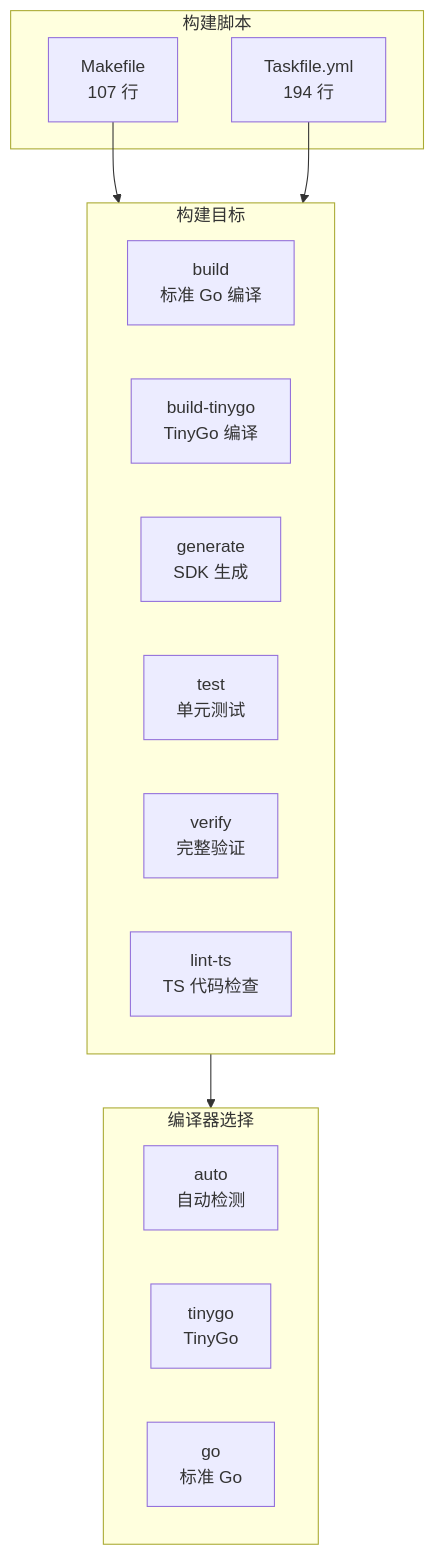
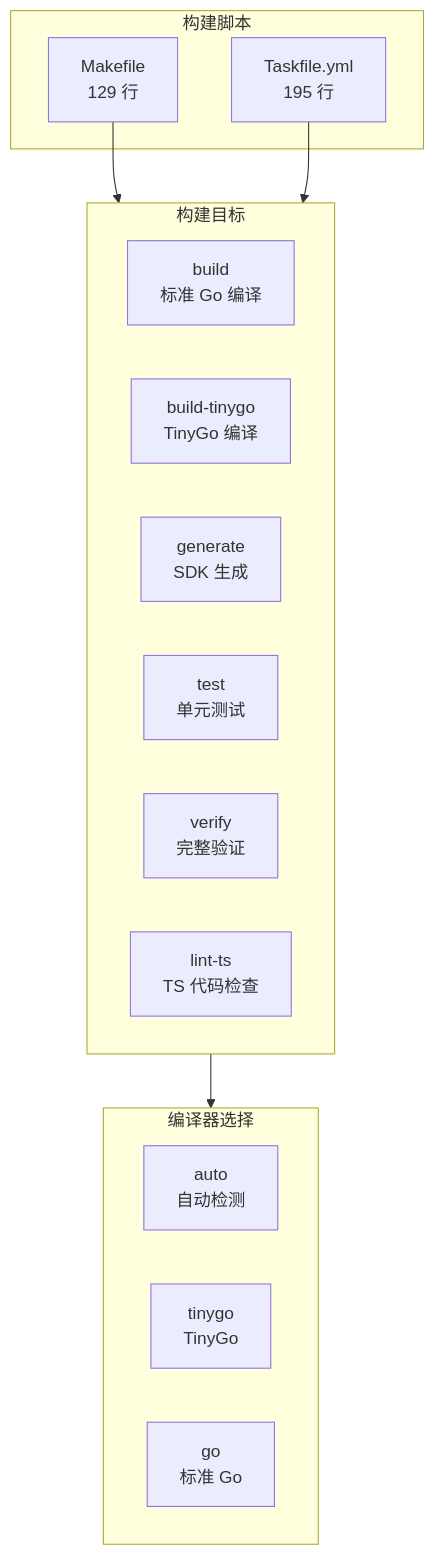
The sixth of 6 diagrams in docs/architecture.md (fred29910/go_wasm_lib2), drawn with Mermaid before and after one commit. The commit also changed other lines of this file and 5 other files, not shown here.

````diff
--- a/docs/architecture.md
+++ b/docs/architecture.md
@@ -305,26 +315,26 @@
 ```mermaid
 flowchart TB
     subgraph BuildScripts["构建脚本"]
-        Makefile[Makefile<br/>107 行]
-        Taskfile[Taskfile.yml<br/>194 行]
+        Makefile[Makefile<br/>129 行]
+        Taskfile[Taskfile.yml<br/>195 行]
     end
 
     subgraph Targets["构建目标"]
         Build[build<br/>标准 Go 编译]
         BuildTiny[build-tinygo<br/>TinyGo 编译]
         Generate[generate<br/>SDK 生成]
         Test[test<br/>单元测试]
         Verify[verify<br/>完整验证]
         LintTs[lint-ts<br/>TS 代码检查]
     end
 
     subgraph Compilers["编译器选择"]
         CompilerAuto[auto<br/>自动检测]
         CompilerTiny[tinygo<br/>TinyGo]
         CompilerGo[go<br/>标准 Go]
     end
 
     Makefile --> Targets
     Taskfile --> Targets
     Targets --> Compilers
 ```
````
